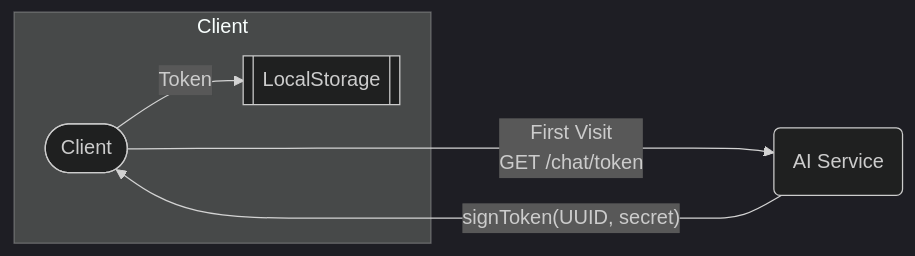
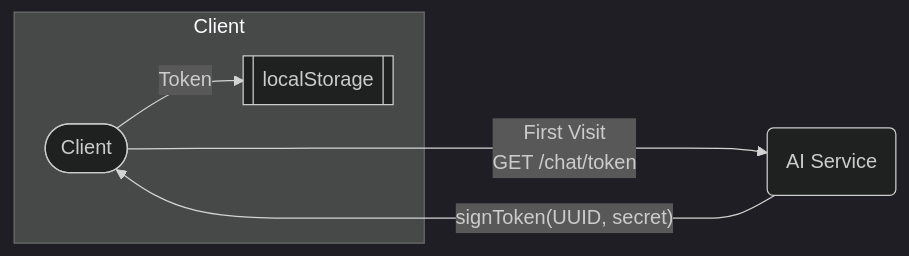
One commit to surmon-china/surmon.me.ai changed the third of 5 diagrams in ARCHITECTURE.zh-CN.md. Above: the diagram before and after it, drawn with Mermaid (dark theme). The commit also changed other lines of this file, not shown here.

````diff
--- a/ARCHITECTURE.zh-CN.md
+++ b/ARCHITECTURE.zh-CN.md
@@ -151,9 +151,9 @@
 ```mermaid
 flowchart LR
     Client(["Client"]) ----> |"First Visit <br> GET /chat/token"| AIService("AI Service")
     AIService ----> |"signToken(UUID, secret)"| Client
 
     subgraph C ["Client"]
-        Client --> |"Token"| localStorage[["LocalStorage"]]
+        Client --> |"Token"| localStorage[["localStorage"]]
     end
 ```
````
